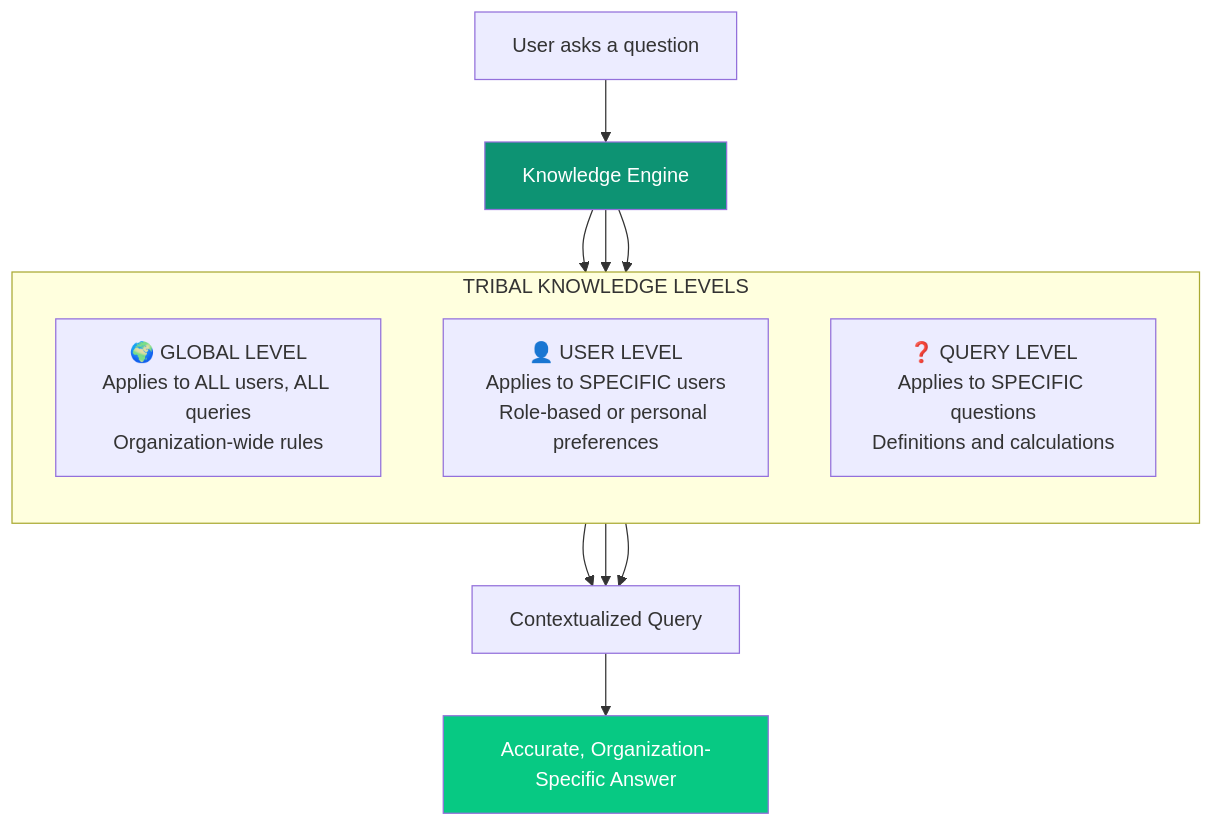
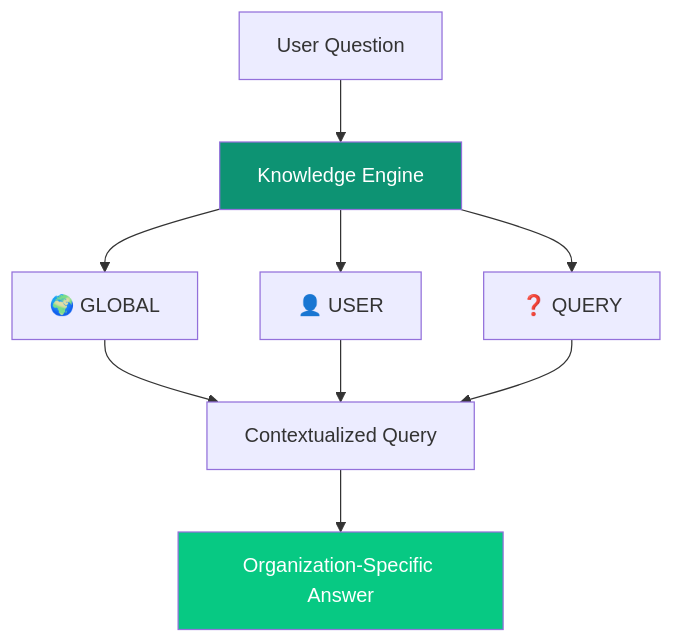
Before and after one commit to ashishsuperatom/tech-docs: the first of 6 diagrams in ip/tribal-knowledge.mdx, drawn with Mermaid. The commit also changed other lines of this file and 13 other files, not shown here.

First line of the commit message:
Add Superatom AI logo and fix Mermaid diagram rendering

````diff
--- a/ip/tribal-knowledge.mdx
+++ b/ip/tribal-knowledge.mdx
@@ -37,24 +37,10 @@
 ```mermaid
-flowchart TB
-    subgraph LEVELS["TRIBAL KNOWLEDGE LEVELS"]
-        direction TB
-        L1["🌍 GLOBAL LEVEL<br>Applies to ALL users, ALL queries<br>Organization-wide rules"]
-        L2["👤 USER LEVEL<br>Applies to SPECIFIC users<br>Role-based or personal preferences"]
-        L3["❓ QUERY LEVEL<br>Applies to SPECIFIC questions<br>Definitions and calculations"]
-    end
-
-    QUERY["User asks a question"] --> ENGINE["Knowledge Engine"]
-
-    ENGINE --> L1
-    ENGINE --> L2
-    ENGINE --> L3
-
-    L1 --> CONTEXT["Contextualized Query"]
-    L2 --> CONTEXT
-    L3 --> CONTEXT
-
-    CONTEXT --> ANSWER["Accurate, Organization-Specific Answer"]
+flowchart TD
+    QUERY["User Question"] --> ENGINE["Knowledge Engine"]
+    ENGINE --> L1["🌍 GLOBAL"] & L2["👤 USER"] & L3["❓ QUERY"]
+    L1 & L2 & L3 --> CONTEXT["Contextualized Query"]
+    CONTEXT --> ANSWER["Organization-Specific Answer"]
 
     style ENGINE fill:#0D9373,color:#fff
     style ANSWER fill:#07C983,color:#fff
 ```
````
